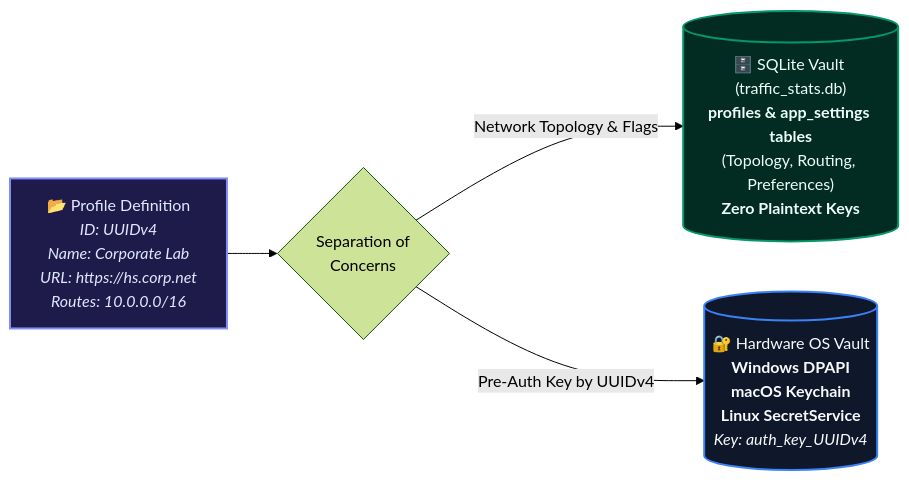
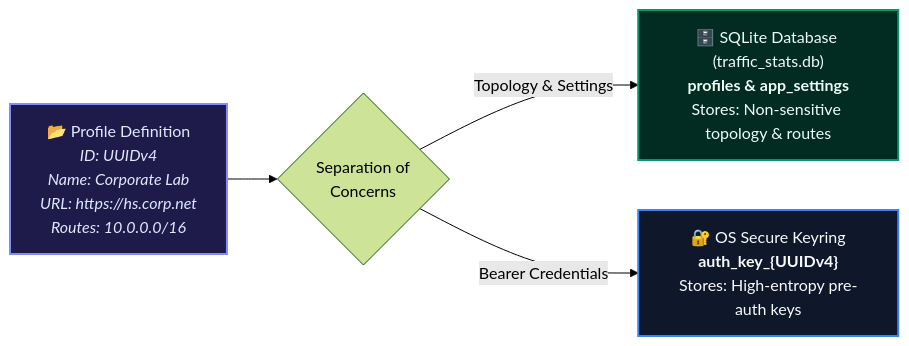
The third of 4 diagrams in Docs/ARCHITECTURE_MASTER.md (Arean82/Tailscale-Headscale-Client), drawn with Mermaid (forest theme) before and after one commit. The commit also changed other lines of this file and 39 other files, not shown here.

````diff
--- a/Docs/ARCHITECTURE_MASTER.md
+++ b/Docs/ARCHITECTURE_MASTER.md
@@ -173,15 +178,15 @@
 ```mermaid
 flowchart LR
     classDef mem fill:#1e1b4b,stroke:#818cf8,stroke-width:2px,color:#e0e7ff;
     classDef safe fill:#022c22,stroke:#059669,stroke-width:2px,color:#ecfdf5;
     classDef os fill:#0f172a,stroke:#3b82f6,stroke-width:2px,color:#f8fafc;
 
     Profile["📂 Profile Definition<br><i>ID: UUIDv4<br>Name: Corporate Lab<br>URL: https://hs.corp.net<br>Routes: 10.0.0.0/16</i>"]:::mem
     Split{"Separation of<br>Concerns"}
-    ConfFile[("🗄️ SQLite Vault (traffic_stats.db)<br><b>profiles & app_settings tables</b><br>(Topology, Routing, Preferences)<br><b>Zero Plaintext Keys</b>")]:::safe
-    Vault[("🔐 Hardware OS Vault<br><b>Windows DPAPI</b><br><b>macOS Keychain</b><br><b>Linux SecretService</b><br><i>Key: auth_key_UUIDv4</i>")]:::os
+    SQLite["🗄️ SQLite Database (traffic_stats.db)<br><b>profiles & app_settings</b><br>Stores: Non-sensitive topology & routes"]:::safe
+    Keyring["🔐 OS Secure Keyring<br><b>auth_key_{UUIDv4}</b><br>Stores: High-entropy pre-auth keys"]:::os
 
     Profile --> Split
-    Split -->|Network Topology & Flags| ConfFile
-    Split -->|Pre-Auth Key by UUIDv4| Vault
+    Split -->|Topology & Settings| SQLite
+    Split -->|Bearer Credentials| Keyring
 ```
````
